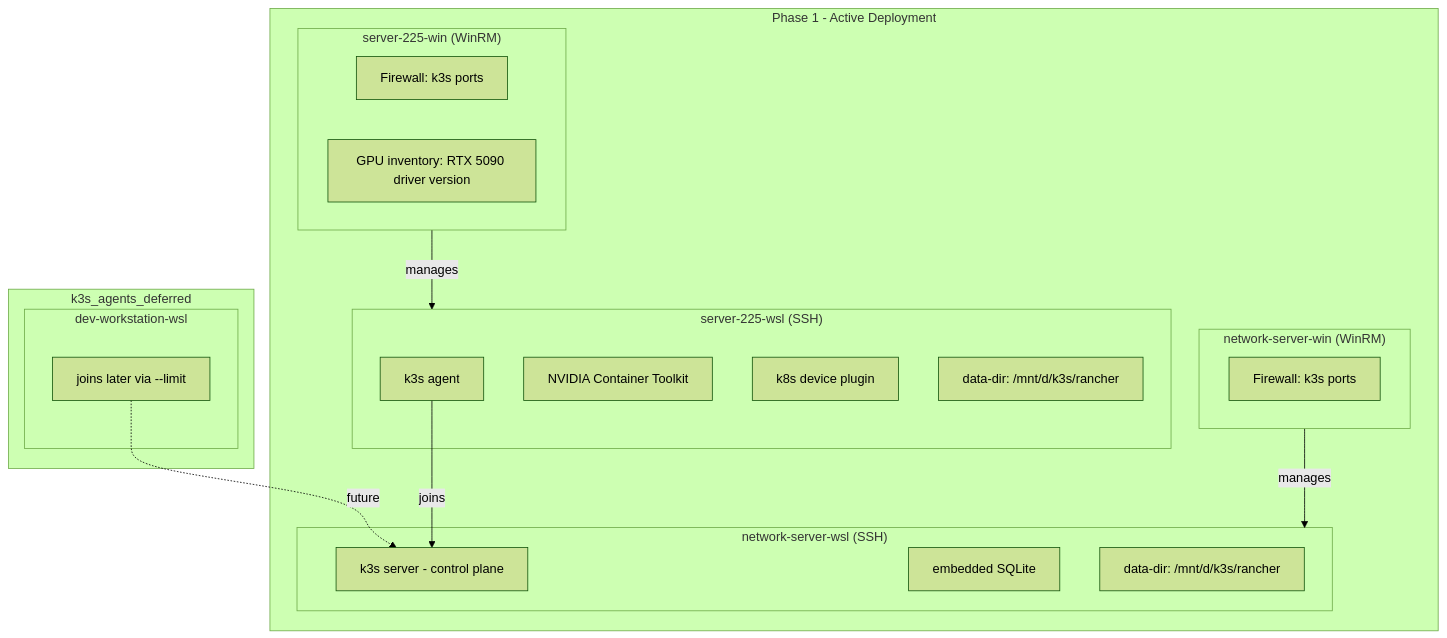
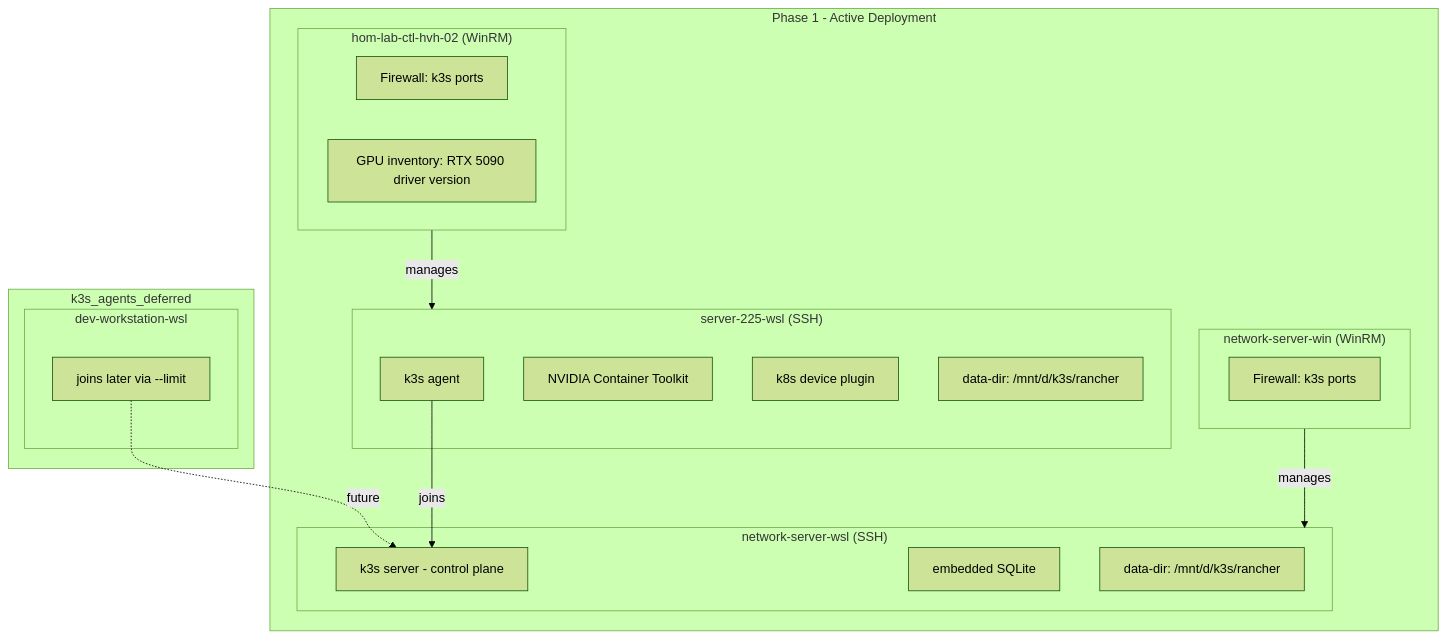
Before and after one commit to doesitscript/dotfile-vnext: the diagram in .cursor/plans/k3s_cluster_deployment_e3669454.plan.md, drawn with Mermaid (forest theme). The commit also changed other lines of this file and 63 other files, not shown here.

````diff
--- a/.cursor/plans/k3s_cluster_deployment_e3669454.plan.md
+++ b/.cursor/plans/k3s_cluster_deployment_e3669454.plan.md
@@ -94,32 +94,32 @@
 ```mermaid
 graph TD
   subgraph initial [Phase 1 - Active Deployment]
     subgraph netSrvWin ["network-server-win (WinRM)"]
       FW1["Firewall: k3s ports"]
     end
     subgraph netSrvWSL ["network-server-wsl (SSH)"]
       CP[k3s server - control plane]
       SQLite[embedded SQLite]
       DataDir1["data-dir: /mnt/d/k3s/rancher"]
     end
-    subgraph srv225Win ["server-225-win (WinRM)"]
+    subgraph srv225Win ["hom-lab-ctl-hvh-02 (WinRM)"]
       FW2["Firewall: k3s ports"]
       GPUInv["GPU inventory: RTX 5090 driver version"]
     end
     subgraph srv225WSL ["server-225-wsl (SSH)"]
       Agent1[k3s agent]
       Toolkit["NVIDIA Container Toolkit"]
       DevPlugin["k8s device plugin"]
       DataDir2["data-dir: /mnt/d/k3s/rancher"]
     end
   end
   subgraph deferred [k3s_agents_deferred]
     subgraph devWS ["dev-workstation-wsl"]
       Agent2["joins later via --limit"]
     end
   end
   netSrvWin -->|manages| netSrvWSL
   srv225Win -->|manages| srv225WSL
   Agent1 -->|joins| CP
   Agent2 -.->|future| CP
 ```
````
